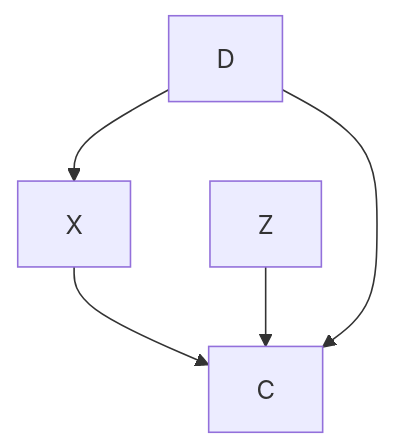
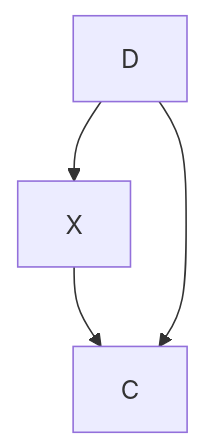
The third of 3 diagrams in README.md (cmcntsh/StatBayesAnalysisChecklist), drawn with Mermaid before and after one commit.

Commit message:
Refactor mermaid graph in README.md
Updated mermaid graph syntax in README.

````diff
--- a/README.md
+++ b/README.md
@@ -24,9 +24,8 @@
 ```mermaid
-graph TD;
-    X --> C;
-    Z --> C;
-    D --> X;
-    D --> C;
+graph TD
+    X --> C
+    D --> X
+    D --> C
     
 
 ```
````
